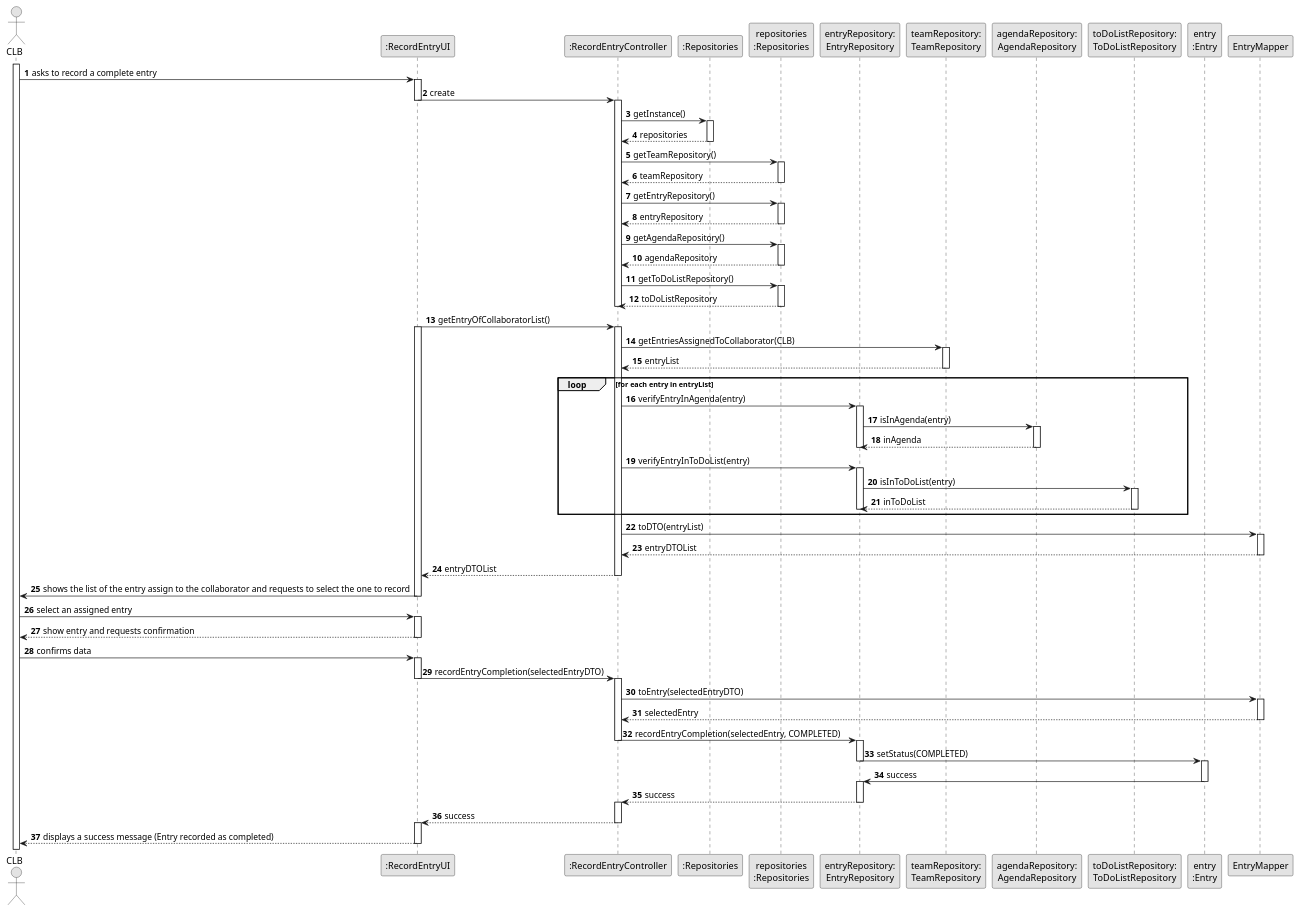
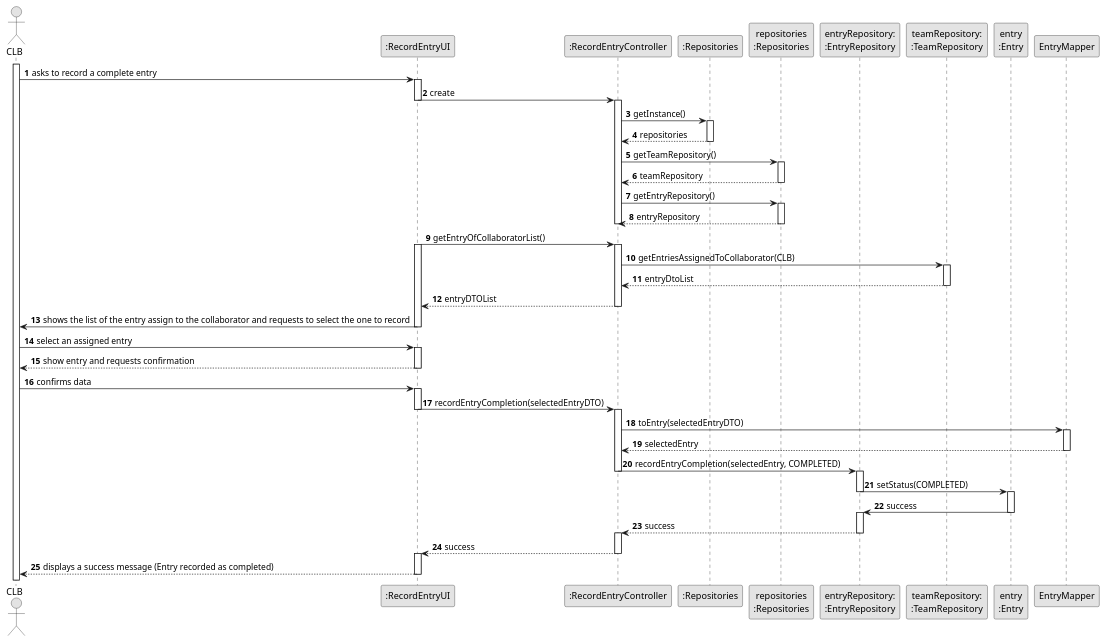
The diagram in docs/sprintC/us029/03.design/puml/us029-sequence-diagram-full.puml (ricardomm7/leaflink), drawn with PlantUML before and after one commit.

Commit message:
Update US29 SD

```diff
--- a/docs/sprintC/us029/03.design/puml/us029-sequence-diagram-full.puml
+++ b/docs/sprintC/us029/03.design/puml/us029-sequence-diagram-full.puml
@@ -1,149 +1,107 @@
 @startuml
 skinparam monochrome true
 skinparam packageStyle rectangle
 skinparam shadowing false
 
 autonumber
 
 actor "CLB" as CLB
 participant ":RecordEntryUI" as UI
 participant ":RecordEntryController" as CTRL
 participant ":Repositories" as RepositorySingleton
 participant "repositories\n:Repositories" as PLAT
-participant "entryRepository:\nEntryRepository" as EntryRepo
-participant "teamRepository:\nTeamRepository" as TeamRepo
-participant "agendaRepository:\nAgendaRepository" as AgendaRepo
-participant "toDoListRepository:\nToDoListRepository" as ToDoRepo
+participant "entryRepository:\n:EntryRepository" as EntryRepo
+participant "teamRepository:\n:TeamRepository" as TeamRepo
 participant "entry\n:Entry" as Entry
 participant "EntryMapper" as EntryMapper
 
 activate CLB
 
     CLB -> UI : asks to record a complete entry
     activate UI
 
         UI -> CTRL : create
         deactivate UI
         activate CTRL
 
             CTRL -> RepositorySingleton: getInstance()
             activate RepositorySingleton
 
                 RepositorySingleton --> CTRL: repositories
             deactivate RepositorySingleton
 
             CTRL -> PLAT : getTeamRepository()
             activate PLAT
 
                 PLAT --> CTRL: teamRepository
             deactivate PLAT
 
             CTRL -> PLAT : getEntryRepository()
             activate PLAT
 
                 PLAT --> CTRL: entryRepository
             deactivate PLAT
 
-            CTRL -> PLAT : getAgendaRepository()
-            activate PLAT
-
-                PLAT --> CTRL: agendaRepository
-            deactivate PLAT
-
-            CTRL -> PLAT : getToDoListRepository()
-            activate PLAT
-
-                PLAT --> CTRL: toDoListRepository
-            deactivate PLAT
 
         deactivate CTRL
 
         UI -> CTRL: getEntryOfCollaboratorList()
         activate UI
         activate CTRL
 
             CTRL -> TeamRepo: getEntriesAssignedToCollaborator(CLB)
             activate TeamRepo
 
-                TeamRepo --> CTRL: entryList
+                TeamRepo --> CTRL: entryDtoList
             deactivate TeamRepo
 
-            loop for each entry in entryList
-                CTRL -> EntryRepo: verifyEntryInAgenda(entry)
-                activate EntryRepo
-
-                    EntryRepo -> AgendaRepo: isInAgenda(entry)
-                    activate AgendaRepo
-
-                        AgendaRepo --> EntryRepo: inAgenda
-                    deactivate AgendaRepo
-
-                deactivate EntryRepo
-
-                CTRL -> EntryRepo: verifyEntryInToDoList(entry)
-                activate EntryRepo
-
-                    EntryRepo -> ToDoRepo: isInToDoList(entry)
-                    activate ToDoRepo
-
-                        ToDoRepo --> EntryRepo: inToDoList
-                    deactivate ToDoRepo
-
-                deactivate EntryRepo
-            end
-
-            CTRL -> EntryMapper : toDTO(entryList)
-            activate EntryMapper
-
-                EntryMapper --> CTRL : entryDTOList
-            deactivate EntryMapper
 
             CTRL --> UI : entryDTOList
         deactivate CTRL
 
         UI -> CLB : shows the list of the entry assign to the collaborator and requests to select the one to record
     deactivate UI
 
     CLB -> UI : select an assigned entry
     activate UI
 
         UI --> CLB : show entry and requests confirmation
     deactivate UI
 
     CLB -> UI : confirms data
     activate UI
 
         UI -> CTRL : recordEntryCompletion(selectedEntryDTO)
         deactivate UI
         activate CTRL
 
             CTRL -> EntryMapper : toEntry(selectedEntryDTO)
             activate EntryMapper
 
                 EntryMapper --> CTRL : selectedEntry
             deactivate EntryMapper
 
             CTRL -> EntryRepo : recordEntryCompletion(selectedEntry, COMPLETED)
             deactivate CTRL
             activate EntryRepo
 
                 EntryRepo -> Entry : setStatus(COMPLETED)
                 deactivate EntryRepo
                 activate Entry
 
                 Entry -> EntryRepo : success
                 deactivate Entry
                 activate EntryRepo
 
             EntryRepo --> CTRL : success
             deactivate EntryRepo
             activate CTRL
 
             CTRL --> UI : success
         deactivate CTRL
         activate UI
 
         UI --> CLB : displays a success message (Entry recorded as completed)
     deactivate UI
 
 @enduml
```
